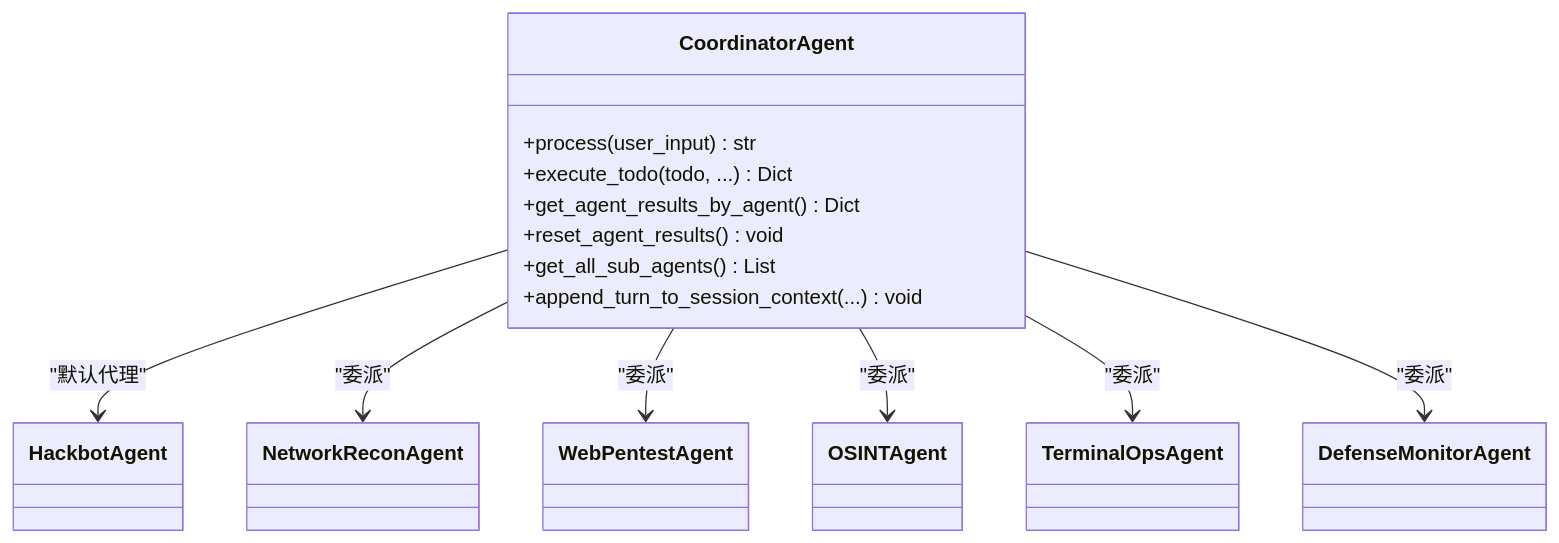
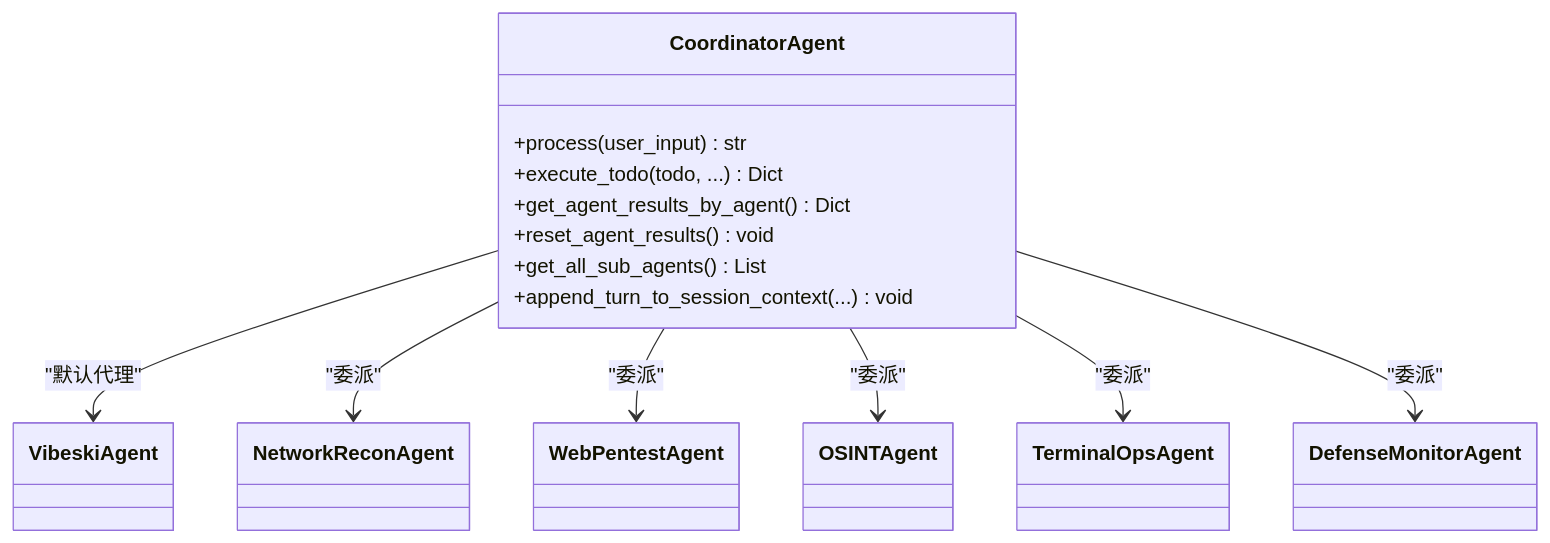
The sixth of 7 diagrams in .qoder/repowiki/zh/content/项目概述/技术架构概览/整体架构设计.md (crabin/VIBESKI), drawn with Mermaid before and after one commit. The commit also changed other lines of this file and 170 other files, not shown here.

Commit message:
chore: rename all secbot/hackbot identifiers to vibeski

````diff
--- a/.qoder/repowiki/zh/content/项目概述/技术架构概览/整体架构设计.md
+++ b/.qoder/repowiki/zh/content/项目概述/技术架构概览/整体架构设计.md
@@ -252,23 +252,23 @@
 ```mermaid
 classDiagram
 class CoordinatorAgent {
 +process(user_input) str
 +execute_todo(todo, ...) Dict
 +get_agent_results_by_agent() Dict
 +reset_agent_results() void
 +get_all_sub_agents() List
 +append_turn_to_session_context(...) void
 }
-class HackbotAgent
+class VibeskiAgent
 class NetworkReconAgent
 class WebPentestAgent
 class OSINTAgent
 class TerminalOpsAgent
 class DefenseMonitorAgent
-CoordinatorAgent --> HackbotAgent : "默认代理"
+CoordinatorAgent --> VibeskiAgent : "默认代理"
 CoordinatorAgent --> NetworkReconAgent : "委派"
 CoordinatorAgent --> WebPentestAgent : "委派"
 CoordinatorAgent --> OSINTAgent : "委派"
 CoordinatorAgent --> TerminalOpsAgent : "委派"
 CoordinatorAgent --> DefenseMonitorAgent : "委派"
 ```
````
